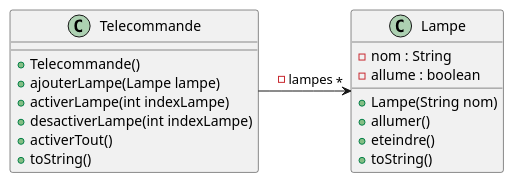
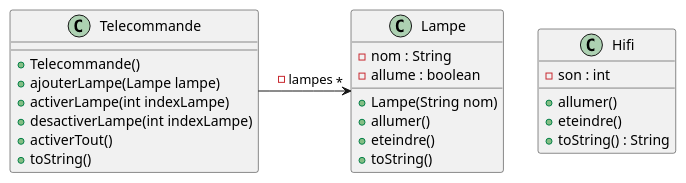
The diagram in Domotique/ressource/diagClasse.plantuml (Hugo-COLLIN/BUT_S2_COO_domotique), drawn with PlantUML before and after one commit.

Commit message:
ajout class Hifi dans le plantuml

```diff
--- a/Domotique/ressource/diagClasse.plantuml
+++ b/Domotique/ressource/diagClasse.plantuml
@@ -1,22 +1,29 @@
 @startuml
 class Lampe{
     - nom : String
     - allume : boolean
     + Lampe(String nom)
     + allumer()
     + eteindre()
     + toString()
 
 }
 
 class Telecommande{
     + Telecommande()
     + ajouterLampe(Lampe lampe)
     + activerLampe(int indexLampe)
     + desactiverLampe(int indexLampe)
     + activerTout()
     + toString()
 }
 
+class Hifi{
+    - son : int
+    + allumer()
+    + eteindre()
+    + toString() : String
+}
+
 Telecommande -> "*" Lampe : -lampes
 @enduml
```
